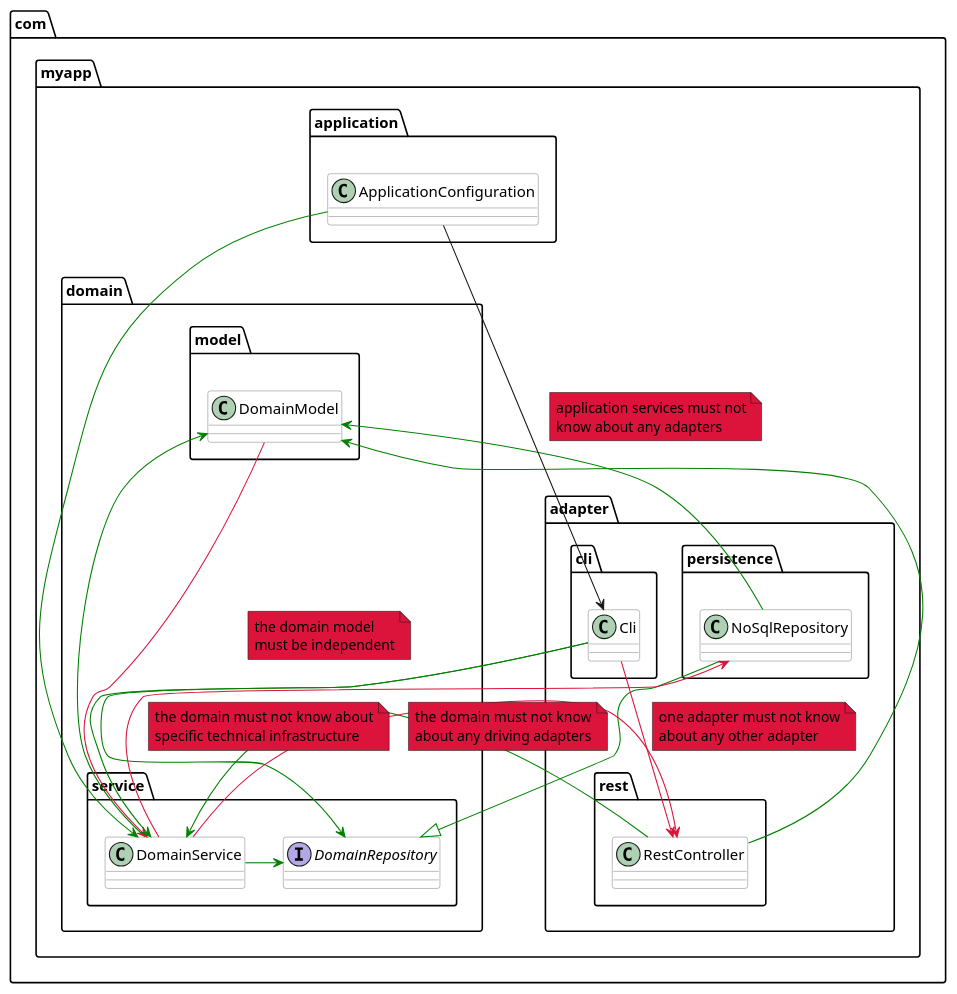
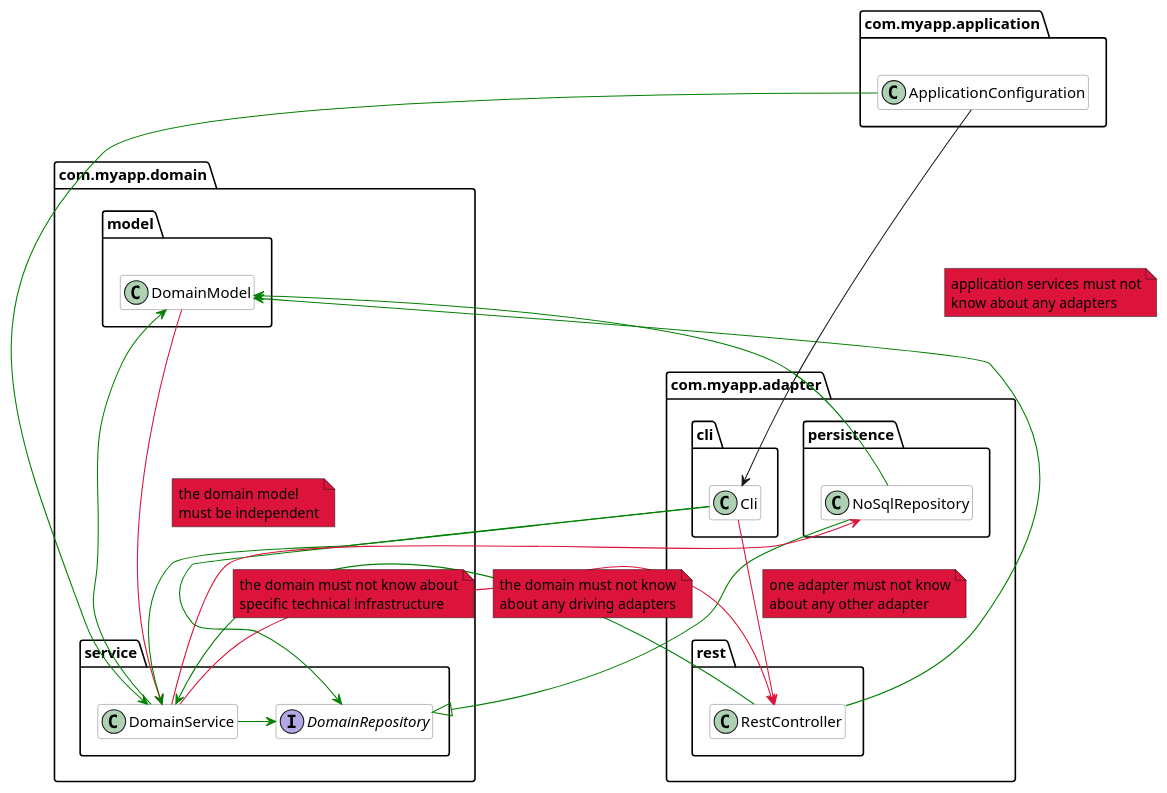
Before and after one commit to TNG/ArchUnit: the first of 5 diagrams in userguide/008_The_Library_API.adoc, drawn with PlantUML. The commit also changed other lines of this file and 53 other files, not shown here.

```diff
--- a/userguide/008_The_Library_API.adoc
+++ b/userguide/008_The_Library_API.adoc
@@ -58,58 +58,62 @@
-[plantuml, "onion-architecture-check"]
+[plantuml, "onion-architecture-check", svg, opts=interactive]
 ----
+@startuml
+hide empty members
+set separator none
 skinparam componentStyle uml2
 
 skinparam class {
   BorderColor #grey
   BackgroundColor #white
 }
 
 package com.myapp.domain {
     package model {
         class DomainModel
     }
     package service {
         class DomainService
         interface DomainRepository
     }
 }
 package com.myapp.application {
     class ApplicationConfiguration
 }
 package com.myapp.adapter {
     package cli {
         class Cli
     }
     package persistence {
         class NoSqlRepository
     }
     package rest {
         class RestController
     }
 }
 
 DomainService --> DomainModel #green
 DomainService -right-> DomainRepository #green
 
 ApplicationConfiguration ---> DomainService #green
 Cli --> DomainService #green
 Cli --> DomainRepository #green
 NoSqlRepository --|> DomainRepository #green
 NoSqlRepository --> DomainModel #green
 RestController -> DomainService #green
 RestController --> DomainModel #green
 
 DomainModel ---> DomainService #crimson
 note right on link #crimson: the domain model\nmust be independent
 
 DomainService --> RestController #crimson
 note right on link #crimson: the domain must not know\nabout any driving adapters
 DomainService --> NoSqlRepository #crimson
 note right on link #crimson: the domain must not know about\nspecific technical infrastructure
 
 ApplicationConfiguration ---> Cli
 note right on link #crimson: application services must not\nknow about any adapters
 
 Cli --> RestController #crimson
 note right on link #crimson: one adapter must not know\nabout any other adapter
+@enduml
 ----
```
